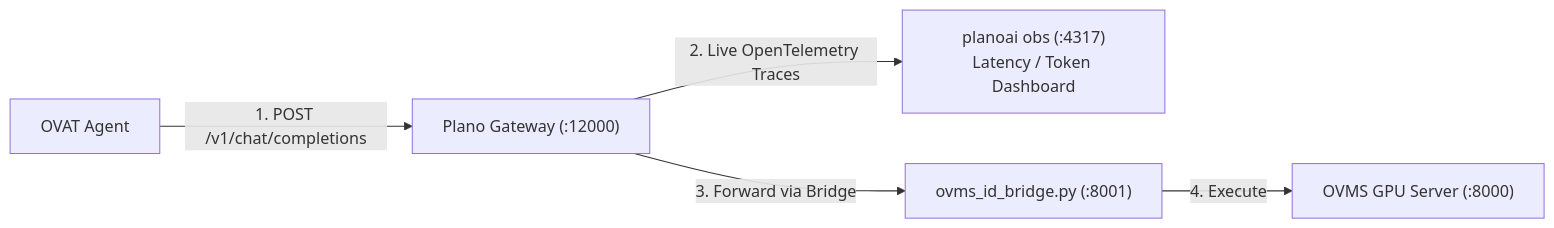
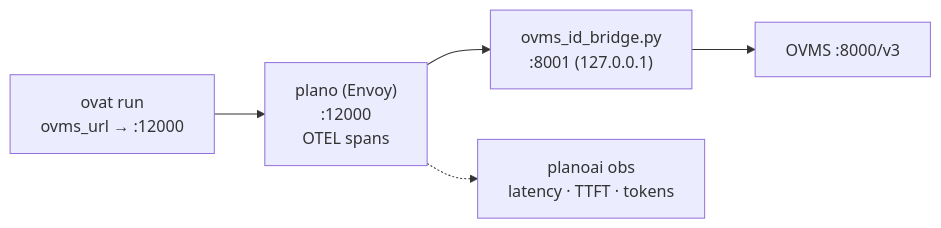
The tenth of 10 diagrams in docs/ARCHITECTURE.md (Lagmator22/ovat), drawn with Mermaid before and after one commit. The commit also changed other lines of this file and 3 other files, not shown here.

````diff
--- a/docs/ARCHITECTURE.md
+++ b/docs/ARCHITECTURE.md
@@ -240,7 +605,7 @@
 ```mermaid
 flowchart LR
-    OVAT["OVAT Agent"] -->|"1. POST /v1/chat/completions"| Plano["Plano Gateway (:12000)"]
-    Plano -->|"2. Live OpenTelemetry Traces"| OTEL["planoai obs (:4317)<br/>Latency / Token Dashboard"]
-    Plano -->|"3. Forward via Bridge"| Bridge["ovms_id_bridge.py (:8001)"]
-    Bridge -->|"4. Execute"| OVMS["OVMS GPU Server (:8000)"]
+    OVAT["ovat run<br/>ovms_url → :12000"] --> Plano["plano (Envoy)<br/>:12000<br/>OTEL spans"]
+    Plano --> Bridge["ovms_id_bridge.py<br/>:8001 (127.0.0.1)"]
+    Bridge --> OVMS["OVMS :8000/v3"]
+    Plano -.-> Obs["planoai obs<br/>latency · TTFT · tokens"]
 ```
````
